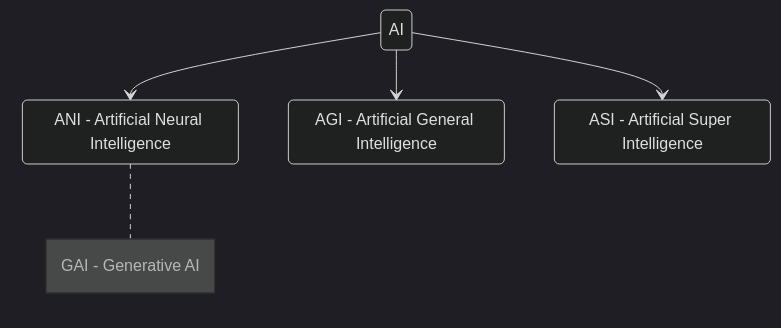
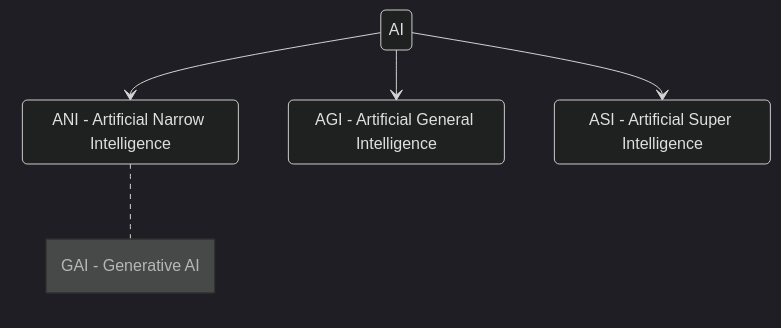
Before and after one commit to arshadhs/arshadhs.github.io: the diagram in content/docs/ai/terminology.md, drawn with Mermaid (dark theme). The commit also changed other lines of this file, not shown here.

```diff
--- a/content/docs/ai/terminology.md
+++ b/content/docs/ai/terminology.md
@@ -14,15 +14,15 @@
 {{<mermaid>}}
 stateDiagram-v2
     State1: AI
 	State1 --> ANI
-	ANI: ANI - Artificial Neural Intelligence
+	ANI: ANI - Artificial Narrow Intelligence
 	note right of ANI
 		GAI - Generative AI
 	end note
 	State1 --> 	AGI
 	AGI: AGI - Artificial General Intelligence
 	State1 --> ASI
 	ASI: ASI - Artificial Super Intelligence
 
 
 {{</mermaid>}}
```
